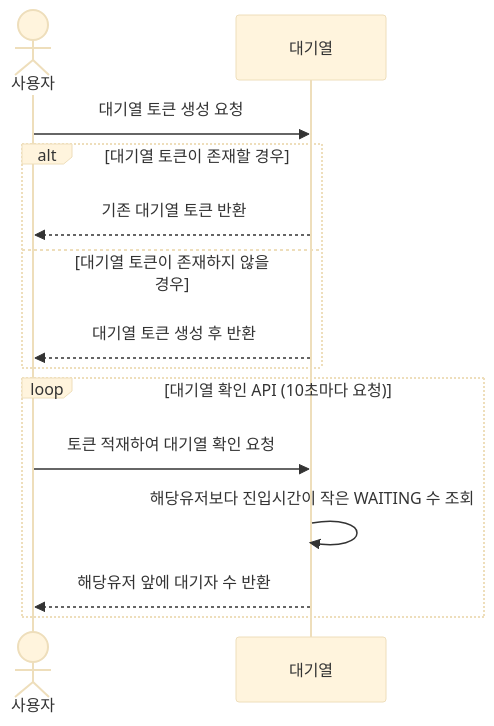
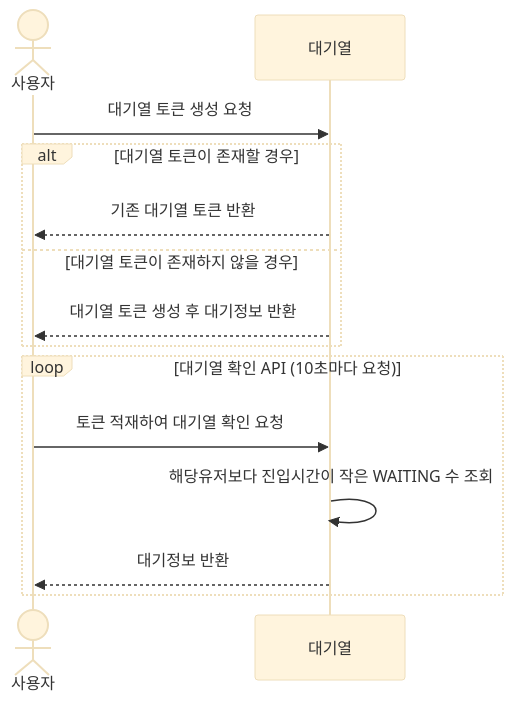
One commit to Lexyyaa/hhplus-reservation changed the first of 7 diagrams in reservation/doc/sequenceDiagram.md. Above: the diagram before and after it, drawn with Mermaid (base theme).

````diff
--- a/reservation/doc/sequenceDiagram.md
+++ b/reservation/doc/sequenceDiagram.md
@@ -4,16 +4,16 @@
 ```mermaid
 sequenceDiagram
     actor 사용자 as 사용자
     participant 대기열 as 대기열
     사용자 ->> 대기열: 대기열 토큰 생성 요청
     alt 대기열 토큰이 존재할 경우
         대기열 -->> 사용자: 기존 대기열 토큰 반환
     else 대기열 토큰이 존재하지 않을 경우
-        대기열 -->> 사용자: 대기열 토큰 생성 후 반환
+        대기열 -->> 사용자: 대기열 토큰 생성 후 대기정보 반환
     end
     loop 대기열 확인 API (10초마다 요청)
         사용자 ->> 대기열: 토큰 적재하여 대기열 확인 요청
         대기열 ->> 대기열: 해당유저보다 진입시간이 작은 WAITING 수 조회
-        대기열 -->> 사용자: 해당유저 앞에 대기자 수 반환
+        대기열 -->> 사용자: 대기정보 반환
     end
 ```
````
